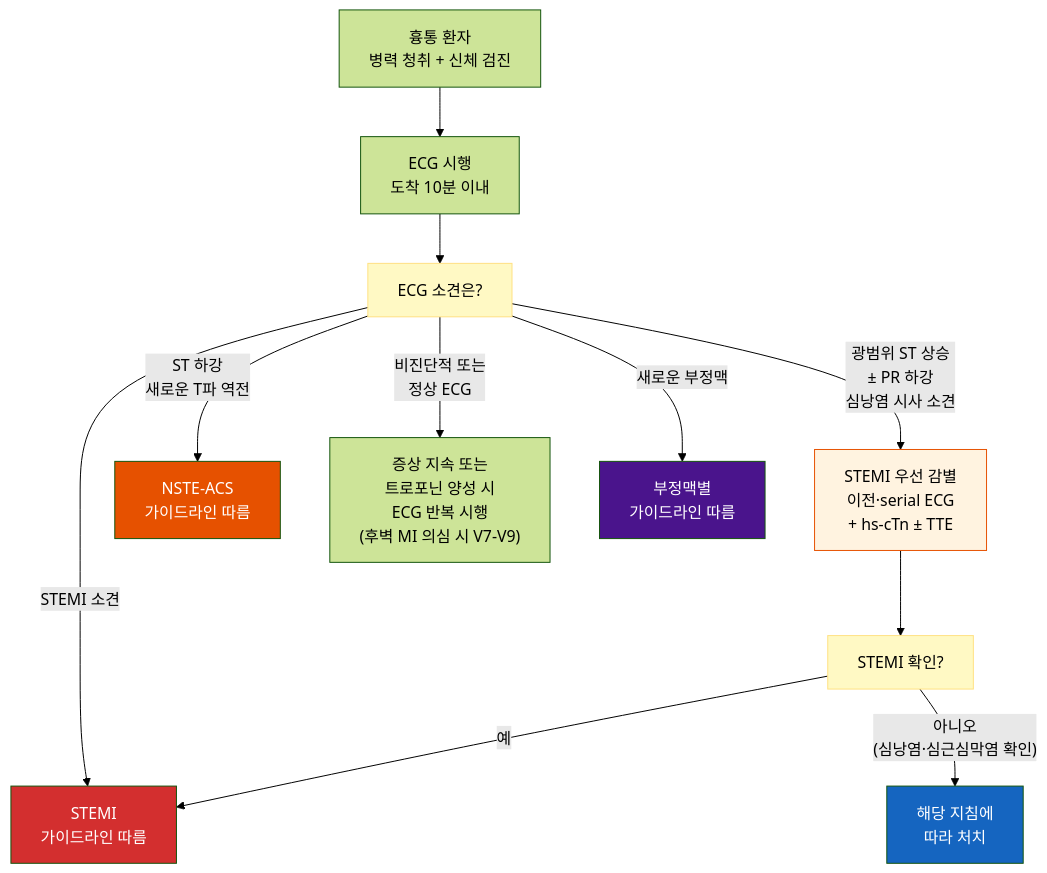
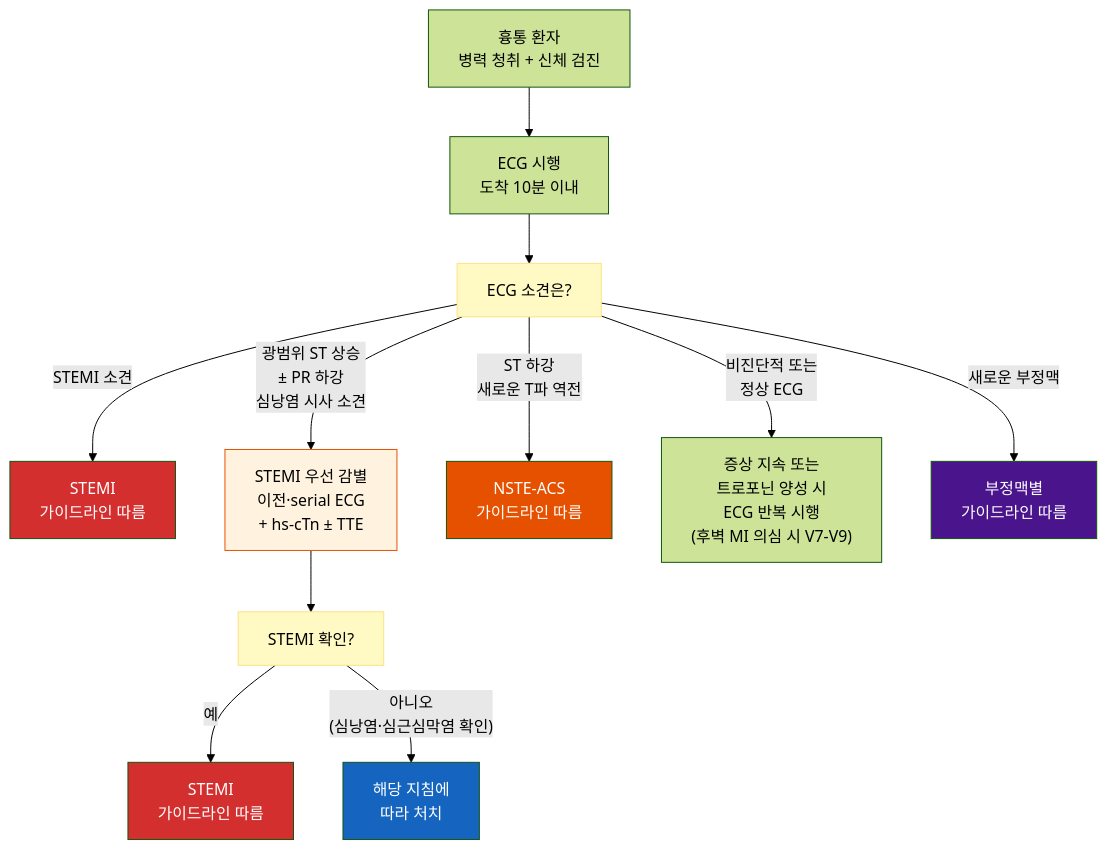
Before and after one commit to familyoh77/familyoh77: the first of 2 diagrams in 220_/002_-chest-pain.md, drawn with Mermaid (forest theme). The commit also changed other lines of this file, not shown here.

````diff
--- a/220_/002_-chest-pain.md
+++ b/220_/002_-chest-pain.md
@@ -127,21 +128,22 @@
 ```mermaid
 flowchart TD
     A["흉통 환자<br>병력 청취 + 신체 검진"] --> B["ECG 시행<br>도착 10분 이내"]
     B --> C["ECG 소견은?"]
     C -->|"STEMI 소견"| N["STEMI<br>가이드라인 따름"]
     C -->|"광범위 ST 상승<br>± PR 하강<br>심낭염 시사 소견"| G["STEMI 우선 감별<br>이전·serial ECG<br>+ hs-cTn ± TTE"]
     C -->|"ST 하강<br>새로운 T파 역전"| H["NSTE-ACS<br>가이드라인 따름"]
     C -->|"비진단적 또는<br>정상 ECG"| E["증상 지속 또는<br>트로포닌 양성 시<br>ECG 반복 시행<br>(후벽 MI 의심 시 V7-V9)"]
     C -->|"새로운 부정맥"| M["부정맥별<br>가이드라인 따름"]
     G --> Q["STEMI 확인?"]
-    Q -->|"예"| N
+    Q -->|"예"| N1["STEMI<br>가이드라인 따름"]
     Q -->|"아니오<br>(심낭염·심근심막염 확인)"| P["해당 지침에<br>따라 처치"]
     style N fill:#d32f2f,color:#fff
+    style N1 fill:#d32f2f,color:#fff
     style Q fill:#fff9c4,stroke:#ffe082
     style C fill:#fff9c4,stroke:#ffe082
     style H fill:#e65100,color:#fff
     style G fill:#fff3e0,stroke:#e65100
     style P fill:#1565c0,color:#fff
     style M fill:#4a148c,color:#fff
 
 ```
````
